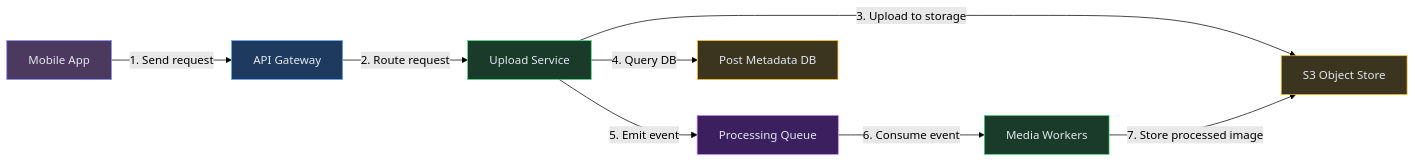
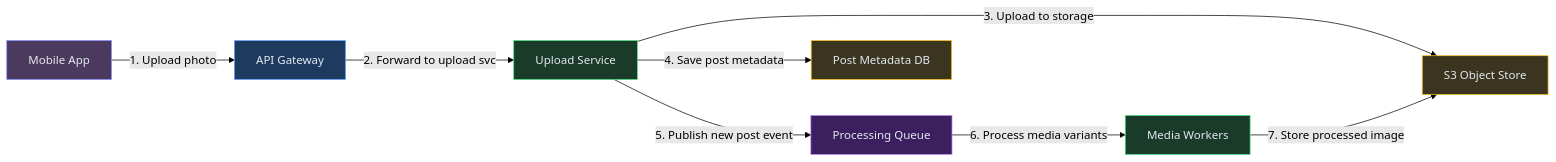
Before and after one commit to iluzn/HLD-Designs: the second of 9 diagrams in content/hld/Instagram.md, drawn with Mermaid (forest theme). The commit also changed other lines of this file and 27 other files, not shown here.

````diff
--- a/content/hld/Instagram.md
+++ b/content/hld/Instagram.md
@@ -188,24 +188,24 @@
 ```mermaid
 flowchart LR
     App["Mobile App"]:::client
     GW["API Gateway"]:::edge
     US["Upload Service"]:::service
     S3["S3 Object Store"]:::data
     Q["Processing Queue"]:::async
     MW["Media Workers"]:::service
     DB["Post Metadata DB"]:::data
 
-    App -->|"1. Send request"| GW
-    GW -->|"2. Route request"| US
+    App -->|"1. Upload photo"| GW
+    GW -->|"2. Forward to upload svc"| US
     US -->|"3. Upload to storage"| S3
-    US -->|"4. Query DB"| DB
-    US -->|"5. Emit event"| Q
-    Q -->|"6. Consume event"| MW
+    US -->|"4. Save post metadata"| DB
+    US -->|"5. Publish new post event"| Q
+    Q -->|"6. Process media variants"| MW
     MW -->|"7. Store processed image"| S3
 
     classDef client fill:#4c3a5e,stroke:#818cf8,color:#e2e8f0
     classDef edge fill:#1e3a5f,stroke:#60a5fa,color:#e2e8f0
     classDef service fill:#1a3a2a,stroke:#4ade80,color:#e2e8f0
     classDef async fill:#3b1f5e,stroke:#c084fc,color:#e2e8f0
     classDef data fill:#3b3520,stroke:#fbbf24,color:#e2e8f0
 ```
````
